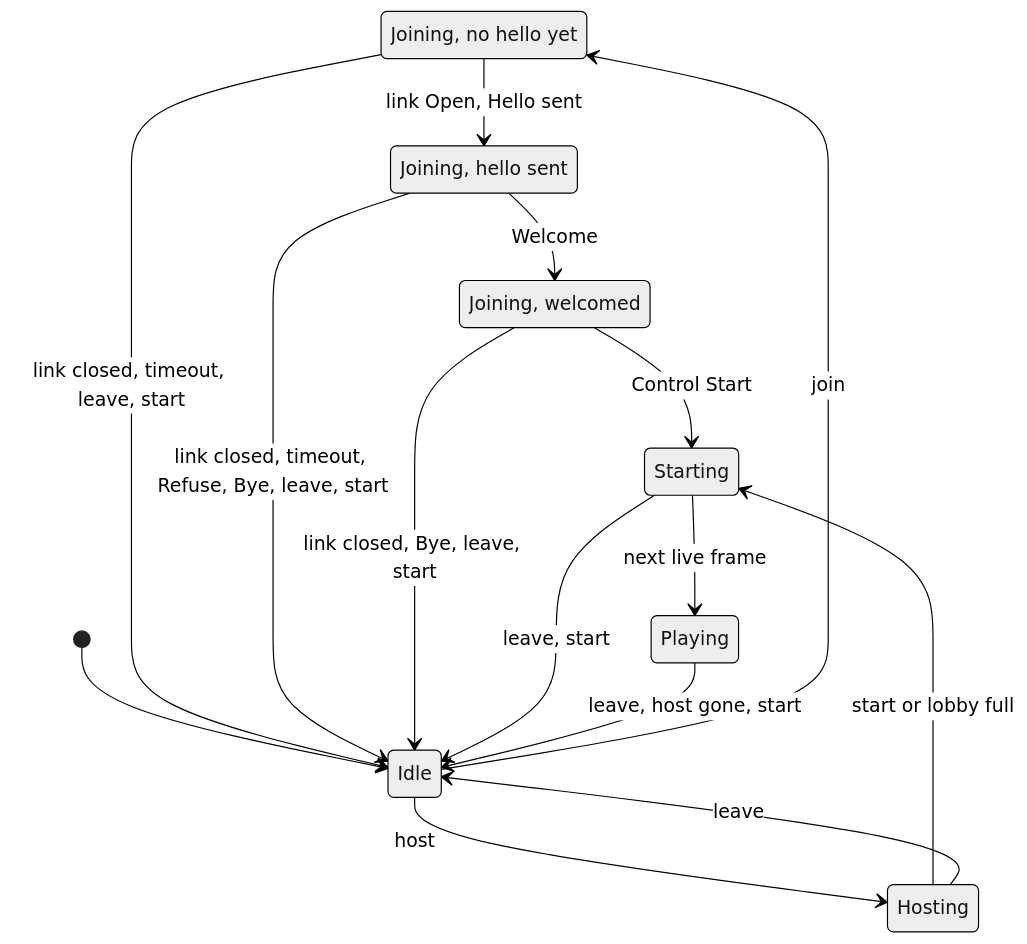
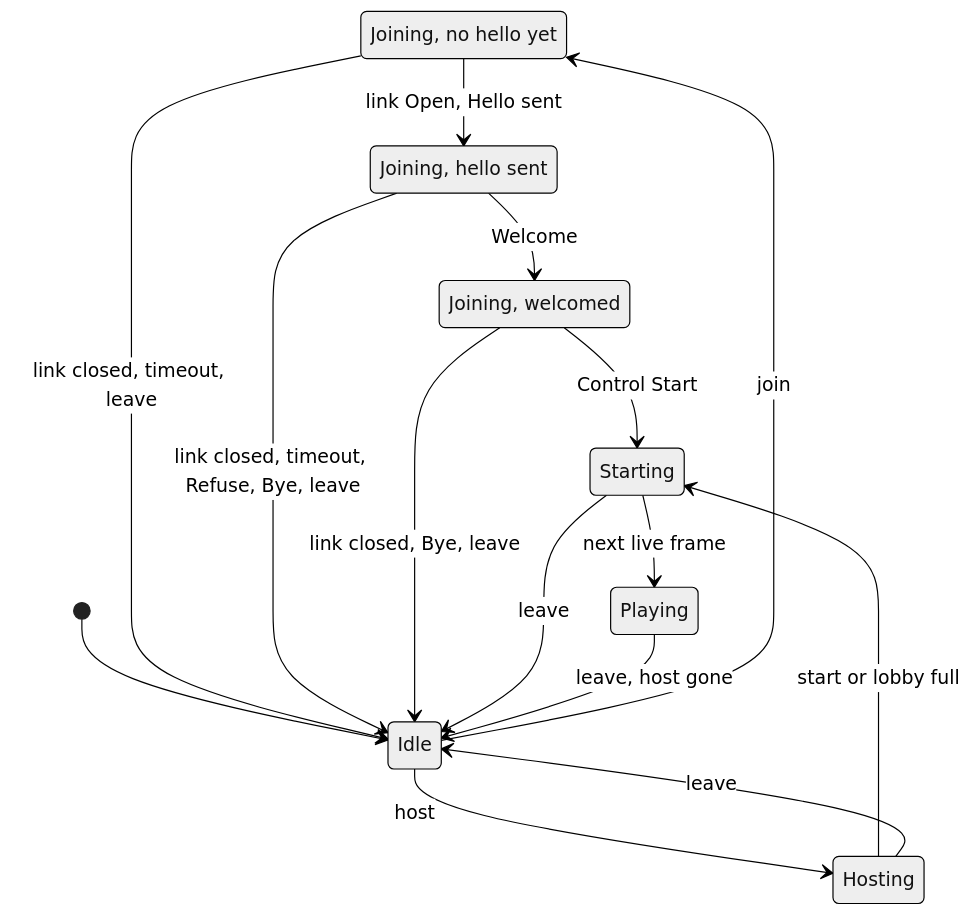
The second of 21 diagrams in docs/LIFECYCLE-networking.md (balaurengine/balaur), drawn with Mermaid (neutral theme) before and after one commit. The commit also changed other lines of this file and 57 other files, not shown here.

````diff
--- a/docs/LIFECYCLE-networking.md
+++ b/docs/LIFECYCLE-networking.md
@@ -174,20 +174,20 @@
 ```mermaid
 stateDiagram-v2
     state "Joining, no hello yet" as JoiningDialed
     state "Joining, hello sent" as JoiningHello
     state "Joining, welcomed" as JoiningWelcomed
     [*] --> Idle
     Idle --> Hosting: host
     Idle --> JoiningDialed: join
     Hosting --> Starting: start or lobby full
     Hosting --> Idle: leave
     JoiningDialed --> JoiningHello: link Open, Hello sent
-    JoiningDialed --> Idle: link closed, timeout, leave, start
+    JoiningDialed --> Idle: link closed, timeout, leave
     JoiningHello --> JoiningWelcomed: Welcome
-    JoiningHello --> Idle: link closed, timeout, Refuse, Bye, leave, start
+    JoiningHello --> Idle: link closed, timeout, Refuse, Bye, leave
     JoiningWelcomed --> Starting: Control Start
-    JoiningWelcomed --> Idle: link closed, Bye, leave, start
+    JoiningWelcomed --> Idle: link closed, Bye, leave
     Starting --> Playing: next live frame
-    Starting --> Idle: leave, start
-    Playing --> Idle: leave, host gone, start
+    Starting --> Idle: leave
+    Playing --> Idle: leave, host gone
 ```
````
